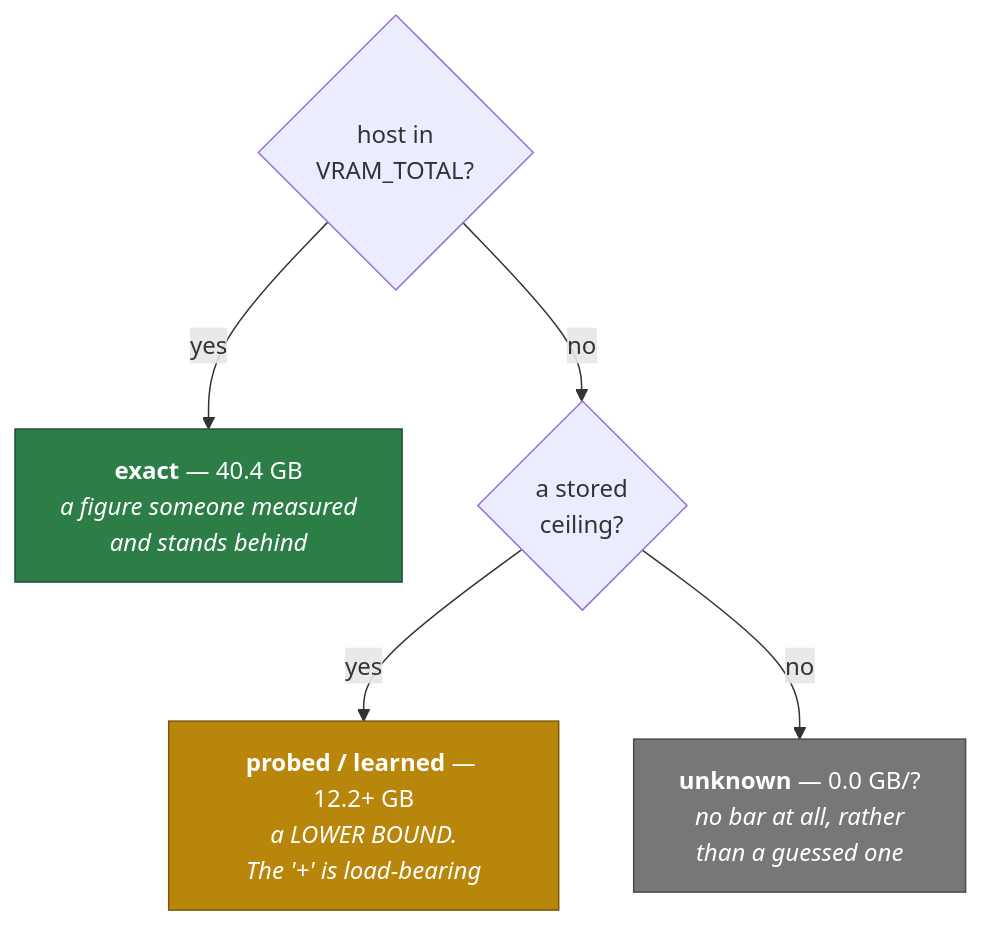
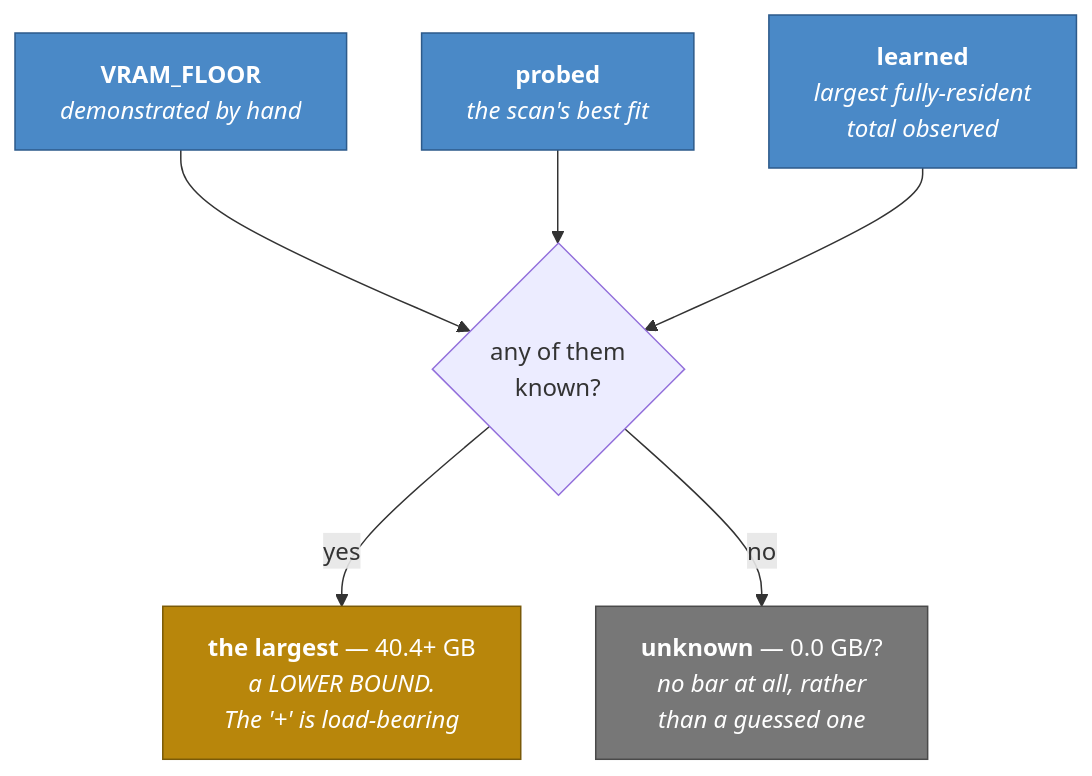
Before and after one commit to marcelpetrick/ollamaFarm: the fourth of 5 diagrams in docs/architecture.md, drawn with Mermaid. The commit also changed other lines of this file and 3 other files, not shown here.

First line of the commit message:
fix(vram)!: draw hand-entered ceilings as floors, with their "+"

````diff
--- a/docs/architecture.md
+++ b/docs/architecture.md
@@ -156,20 +157,22 @@
 ```mermaid
 flowchart TB
-  q{"host in<br/>VRAM_TOTAL?"}
-  exact["<b>exact</b> — 40.4 GB<br/><i>a figure someone measured<br/>and stands behind</i>"]
-  q2{"a stored<br/>ceiling?"}
-  lower["<b>probed / learned</b> — 12.2+ GB<br/><i>a LOWER BOUND.<br/>The '+' is load-bearing</i>"]
+  floor["<b>VRAM_FLOOR</b><br/><i>demonstrated by hand</i>"]
+  probed["<b>probed</b><br/><i>the scan's best fit</i>"]
+  learned["<b>learned</b><br/><i>largest fully-resident<br/>total observed</i>"]
+  q{"any of them<br/>known?"}
+  lower["<b>the largest</b> — 40.4+ GB<br/><i>a LOWER BOUND.<br/>The '+' is load-bearing</i>"]
   none["<b>unknown</b> — 0.0 GB/?<br/><i>no bar at all, rather<br/>than a guessed one</i>"]
 
-  q -->|yes| exact
-  q -->|no| q2
-  q2 -->|yes| lower
-  q2 -->|no| none
+  floor --> q
+  probed --> q
+  learned --> q
+  q -->|yes| lower
+  q -->|no| none
 
-  classDef good fill:#2d7d46,stroke:#1c5130,color:#fff
+  classDef src fill:#4a89c7,stroke:#2d5a8a,color:#fff
   classDef warnc fill:#b8860b,stroke:#7a5a08,color:#fff
   classDef nonec fill:#777,stroke:#4a4a4a,color:#fff
-  class exact good
+  class floor,probed,learned src
   class lower warnc
   class none nonec
 ```
````
